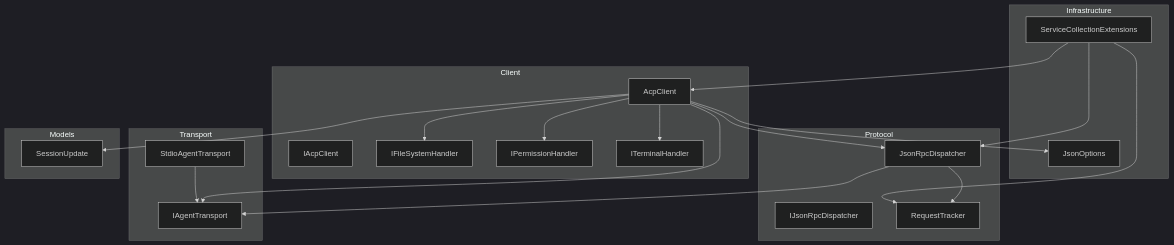
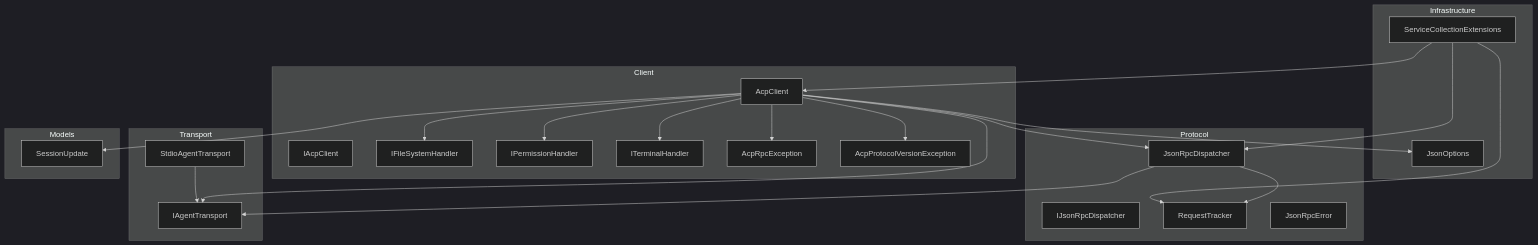
The first of 6 diagrams in .qoder/repowiki/en/content/Core Client API/AcpClient Implementation.md (AgenticDesktop/ACPLibrary), drawn with Mermaid (dark theme) before and after one commit. The commit also changed other lines of this file and 59 other files, not shown here.

````diff
--- a/.qoder/repowiki/en/content/Core Client API/AcpClient Implementation.md
+++ b/.qoder/repowiki/en/content/Core Client API/AcpClient Implementation.md
@@ -44,39 +58,44 @@
 ```mermaid
 graph TB
 subgraph "Client"
 A["AcpClient"]
 B["IAcpClient"]
 C["IFileSystemHandler"]
 D["IPermissionHandler"]
 E["ITerminalHandler"]
+F["AcpRpcException"]
+G["AcpProtocolVersionException"]
 end
 subgraph "Protocol"
-F["JsonRpcDispatcher"]
-G["IJsonRpcDispatcher"]
-H["RequestTracker"]
+H["JsonRpcDispatcher"]
+I["IJsonRpcDispatcher"]
+J["RequestTracker"]
+K["JsonRpcError"]
 end
 subgraph "Transport"
-I["IAgentTransport"]
-J["StdioAgentTransport"]
+L["IAgentTransport"]
+M["StdioAgentTransport"]
 end
 subgraph "Infrastructure"
-K["JsonOptions"]
-L["ServiceCollectionExtensions"]
+N["JsonOptions"]
+O["ServiceCollectionExtensions"]
 end
 subgraph "Models"
-M["SessionUpdate"]
+P["SessionUpdate"]
 end
-A --> F
-A --> I
+A --> H
+A --> L
 A --> C
 A --> D
 A --> E
-F --> H
-F --> I
-J --> I
-A --> K
-L --> A
-L --> F
-L --> H
-A --> M
+A --> F
+A --> G
+H --> J
+H --> L
+M --> L
+A --> N
+O --> A
+O --> H
+O --> J
+A --> P
 ```
````
